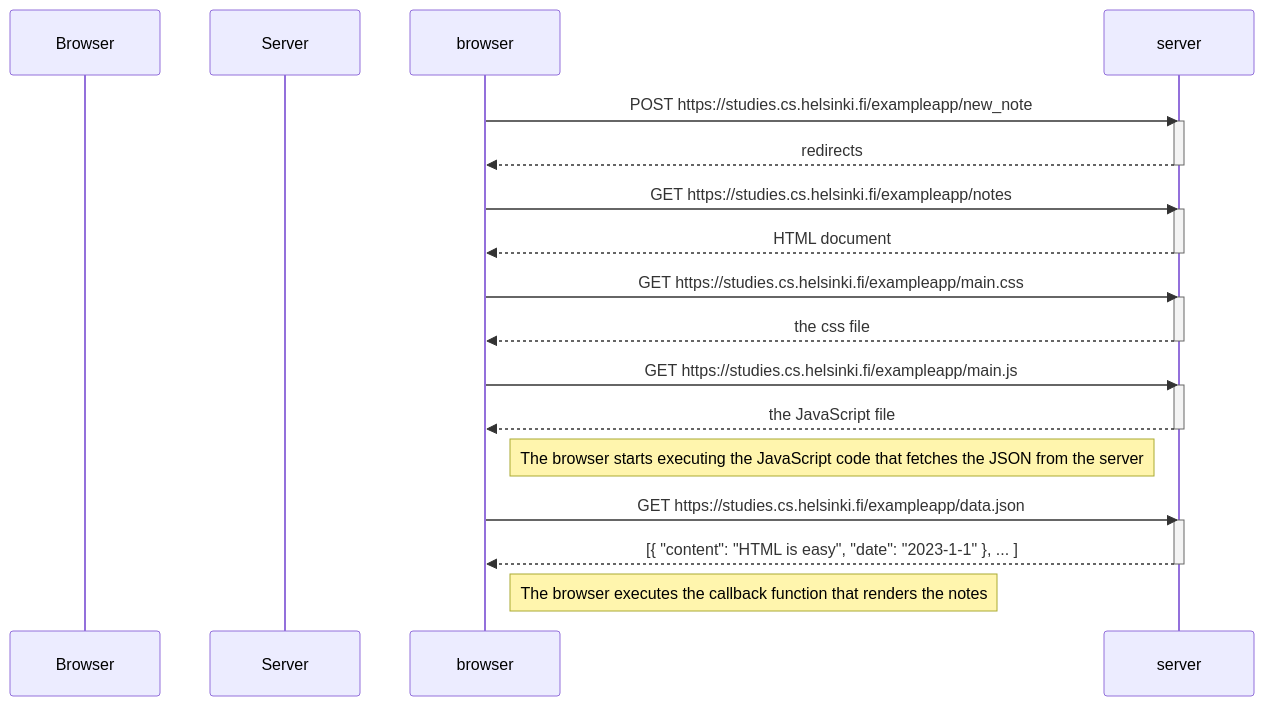
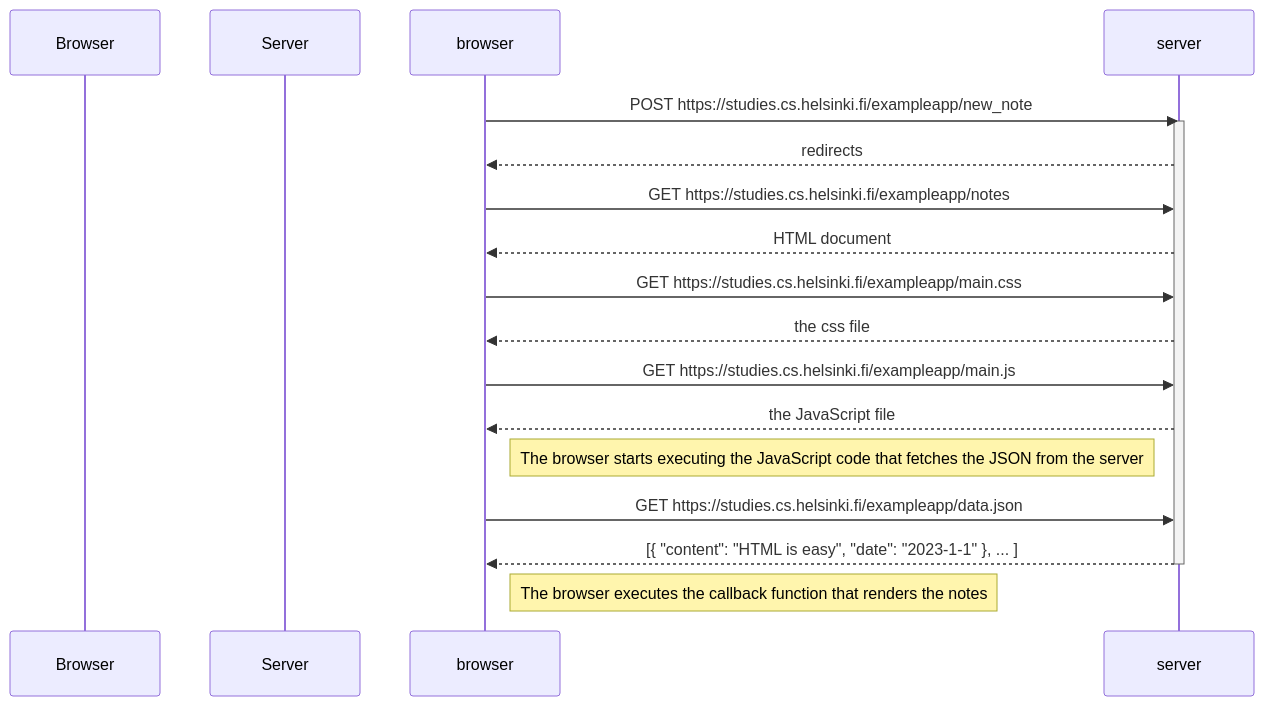
Before and after one commit to teraSurfer40141/supreme-spork: the diagram in part0/New note diagram.md, drawn with Mermaid.

Commit message:
Update New note diagram.md

````diff
--- a/part0/New note diagram.md
+++ b/part0/New note diagram.md
@@ -1,34 +1,26 @@
 ```mermaid
 sequenceDiagram
     participant Browser
     participant Server
 
     browser->>server: POST https://studies.cs.helsinki.fi/exampleapp/new_note
     activate server
     server-->>browser: redirects
-    deactivate server
 
     browser->>server: GET https://studies.cs.helsinki.fi/exampleapp/notes
-    activate server
     server-->>browser: HTML document
-    deactivate server
 
     browser->>server: GET https://studies.cs.helsinki.fi/exampleapp/main.css
-    activate server
     server-->>browser: the css file
-    deactivate server
 
     browser->>server: GET https://studies.cs.helsinki.fi/exampleapp/main.js
-    activate server
     server-->>browser: the JavaScript file
-    deactivate server
 
     Note right of browser: The browser starts executing the JavaScript code that fetches the JSON from the server
 
     browser->>server: GET https://studies.cs.helsinki.fi/exampleapp/data.json
-    activate server
     server-->>browser: [{ "content": "HTML is easy", "date": "2023-1-1" }, ... ]
     deactivate server
 
     Note right of browser: The browser executes the callback function that renders the notes
 ```
````
